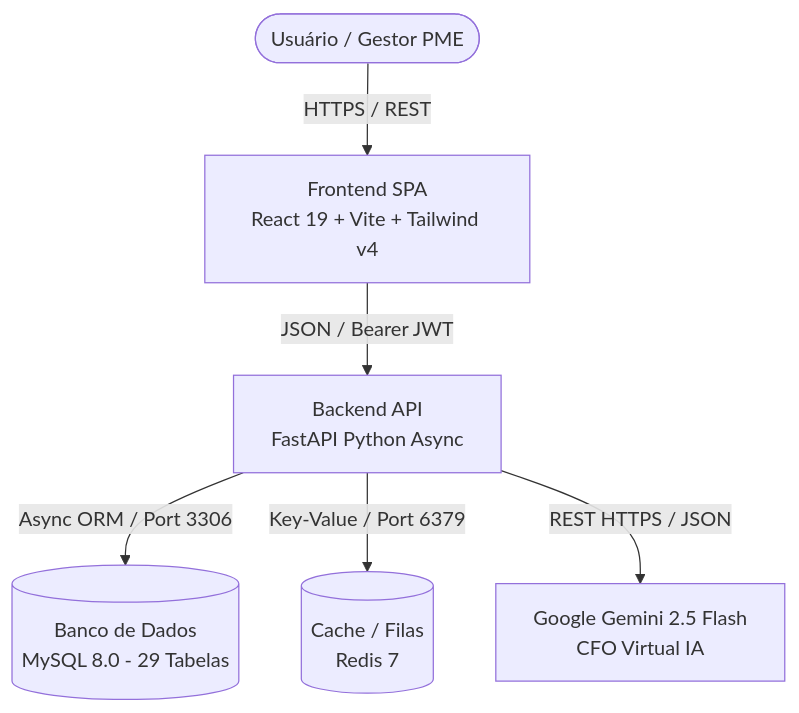
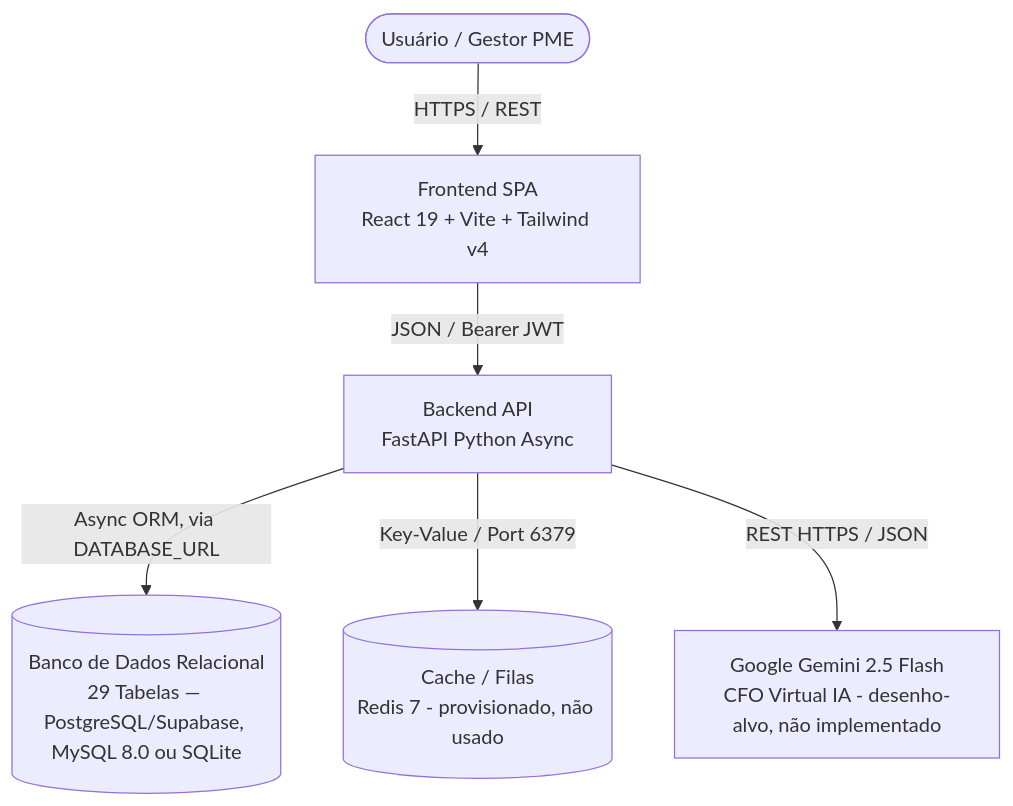
The first of 2 diagrams in docs/arquitetura.md (C-Bucher/Teste), drawn with Mermaid before and after one commit. The commit also changed other lines of this file, not shown here.

Commit message:
docs(arquitetura): document the three supported database backends and the Docker Compose / Supabase wiring gap (DB-5)

````diff
--- a/docs/arquitetura.md
+++ b/docs/arquitetura.md
@@ -13,9 +13,9 @@
 ```mermaid
 graph TD
     User([Usuário / Gestor PME]) -->|HTTPS / REST| Frontend[Frontend SPA\nReact 19 + Vite + Tailwind v4]
     Frontend -->|JSON / Bearer JWT| Backend[Backend API\nFastAPI Python Async]
     
-    Backend -->|Async ORM / Port 3306| MySQL[(Banco de Dados\nMySQL 8.0 - 29 Tabelas)]
-    Backend -->|Key-Value / Port 6379| Redis[(Cache / Filas\nRedis 7)]
-    Backend -->|REST HTTPS / JSON| GeminiAPI[Google Gemini 2.5 Flash\nCFO Virtual IA]
+    Backend -->|Async ORM, via DATABASE_URL| DB[(Banco de Dados Relacional\n29 Tabelas — PostgreSQL/Supabase, MySQL 8.0 ou SQLite)]
+    Backend -->|Key-Value / Port 6379| Redis[(Cache / Filas\nRedis 7 - provisionado, não usado)]
+    Backend -->|REST HTTPS / JSON| GeminiAPI[Google Gemini 2.5 Flash\nCFO Virtual IA - desenho-alvo, não implementado]
 ```
````
